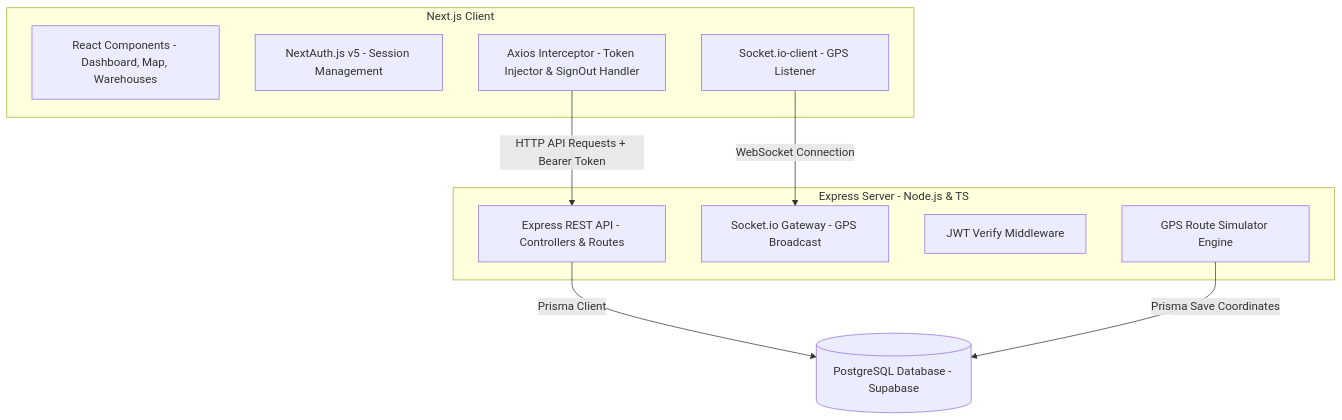
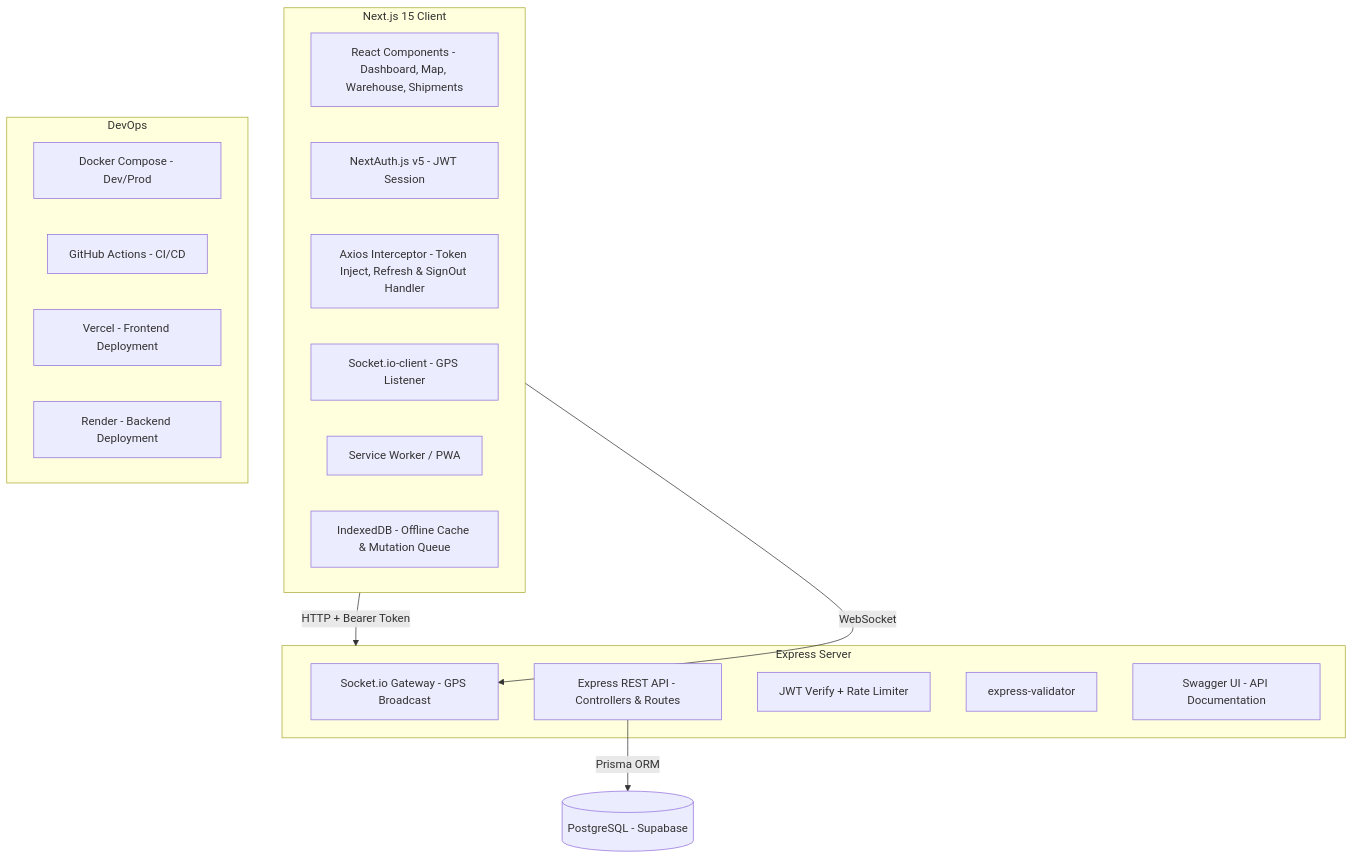
Before and after one commit to Lht09112005/Logistic_Web: the diagram in README.md, drawn with Mermaid. The commit also changed other lines of this file and 1 other file, not shown here.

Commit message:
chore: remove frontend README.md as it is no longer needed and update repo README.md

````diff
--- a/README.md
+++ b/README.md
@@ -44,26 +68,31 @@
 ```mermaid
 graph TD
-    %% Frontend Layer
-    subgraph Frontend [Next.js Client]
-        UI[React Components - Dashboard, Map, Warehouses]
-        NextAuth[NextAuth.js v5 - Session Management]
-        Axios[Axios Interceptor - Token Injector & SignOut Handler]
+    subgraph Frontend [Next.js 15 Client]
+        UI[React Components - Dashboard, Map, Warehouse, Shipments]
+        NextAuth[NextAuth.js v5 - JWT Session]
+        Axios[Axios Interceptor - Token Inject, Refresh & SignOut Handler]
         SocketClient[Socket.io-client - GPS Listener]
+        SW[Service Worker / PWA]
+        IDB[IndexedDB - Offline Cache & Mutation Queue]
     end
 
-    %% Network Layer
-    Axios -->|HTTP API Requests + Bearer Token| Express
-    SocketClient -->|WebSocket Connection| SocketServer
+    Frontend -->|HTTP + Bearer Token| Backend
+    Frontend -->|WebSocket| SocketServer
 
-    %% Backend Layer
-    subgraph Backend [Express Server - Node.js & TS]
+    subgraph Backend [Express Server]
         Express[Express REST API - Controllers & Routes]
-        AuthMiddleware[JWT Verify Middleware]
+        AuthMiddleware[JWT Verify + Rate Limiter]
+        Validation[express-validator]
         SocketServer[Socket.io Gateway - GPS Broadcast]
-        GPSSimulator[GPS Route Simulator Engine]
+        Swagger[Swagger UI - API Documentation]
     end
 
-    %% Database Layer
-    Express -->|Prisma Client| DB[(PostgreSQL Database - Supabase)]
-    GPSSimulator -->|Prisma Save Coordinates| DB
+    Express -->|Prisma ORM| DB[(PostgreSQL - Supabase)]
+
+    subgraph DevOps
+        Docker[Docker Compose - Dev/Prod]
+        GH[GitHub Actions - CI/CD]
+        Vercel[Vercel - Frontend Deployment]
+        Render[Render - Backend Deployment]
+    end
 ```
````
